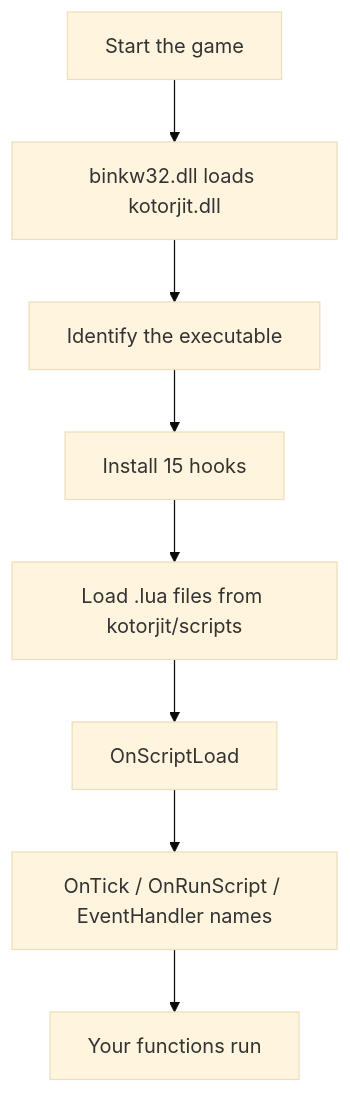
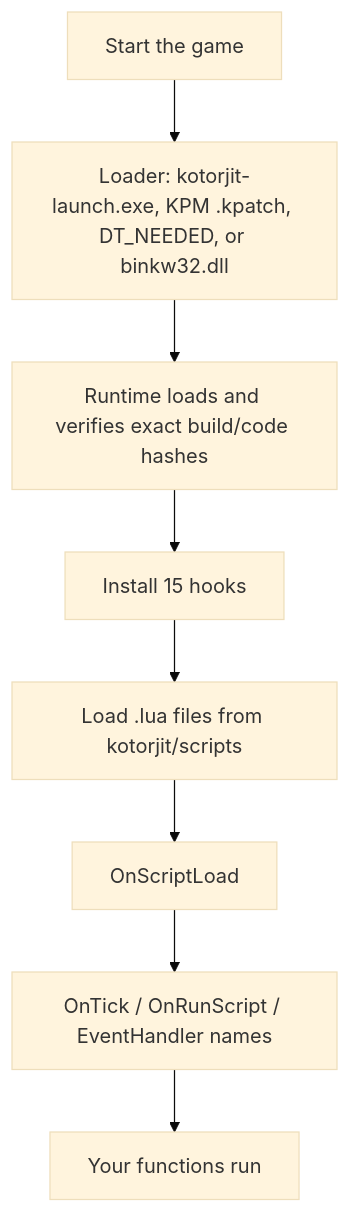
One commit to kolto-labs/KotorJIT changed the diagram in docs/user/README.md. Above: the diagram before and after it, drawn with Mermaid (base theme). The commit also changed 21 other files, not shown here.

````diff
--- a/docs/user/README.md
+++ b/docs/user/README.md
@@ -10,10 +10,10 @@
 ```mermaid
 flowchart TD
-    A[Start the game] --> B[binkw32.dll loads kotorjit.dll]
-    B --> C[Identify the executable]
+    A[Start the game] --> B[Loader: kotorjit-launch.exe, KPM .kpatch, DT_NEEDED, or binkw32.dll]
+    B --> C[Runtime loads and verifies exact build/code hashes]
     C --> D[Install 15 hooks]
     D --> E[Load .lua files from kotorjit/scripts]
     E --> F[OnScriptLoad]
     F --> G[OnTick / OnRunScript / EventHandler names]
     G --> H[Your functions run]
 ```
````
